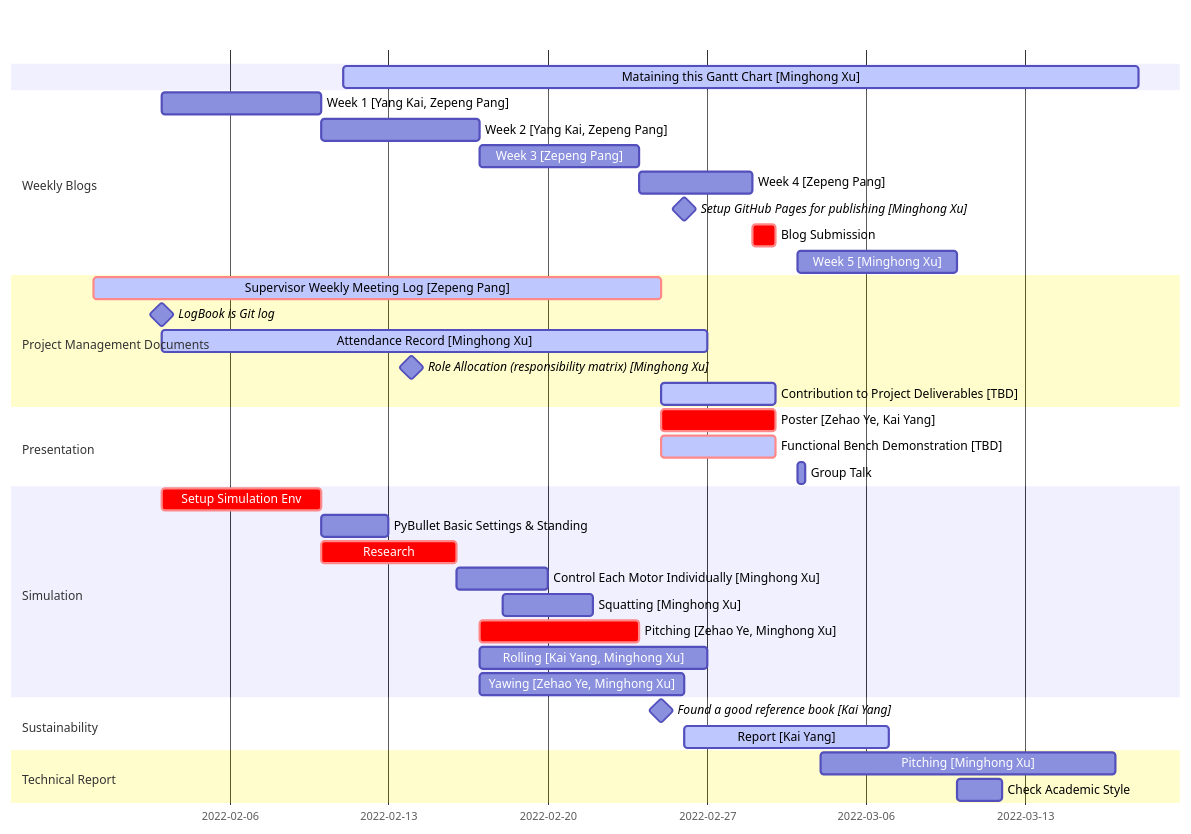
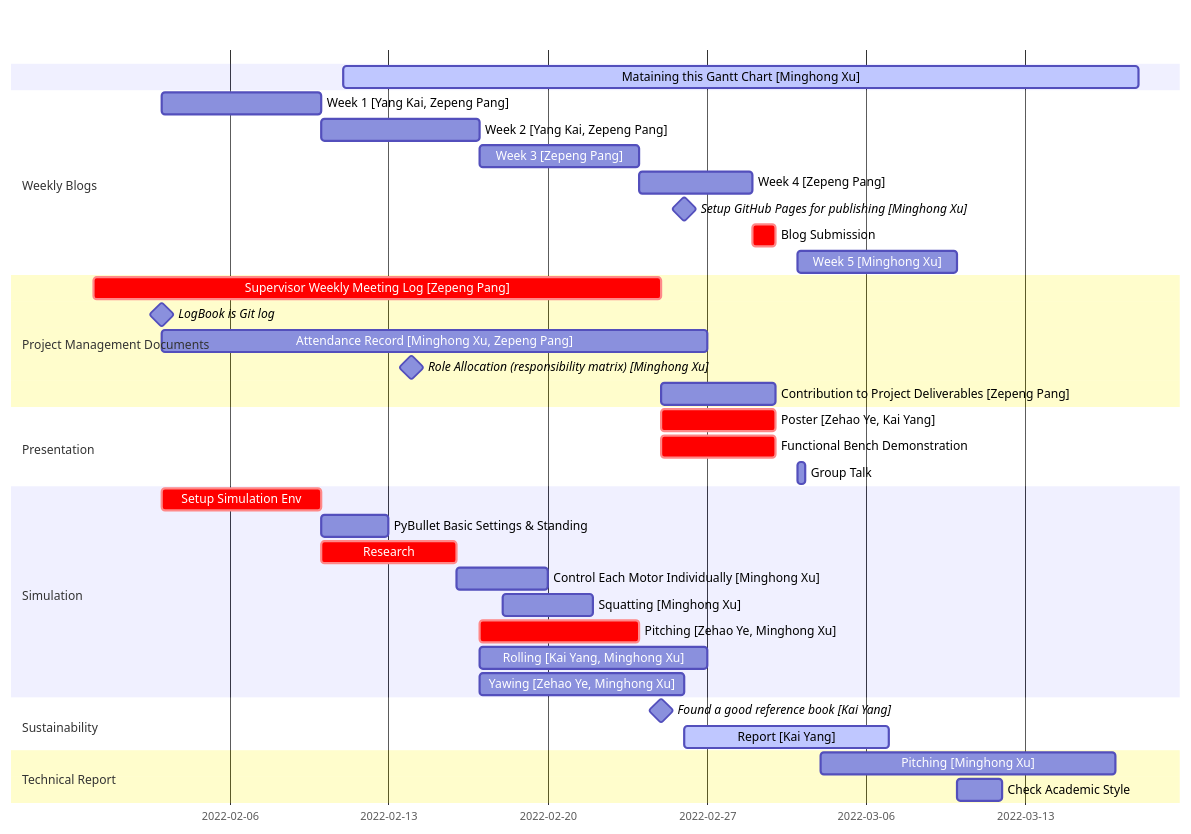
Before and after one commit to minghongx/year2-project: the diagram in README.md, drawn with Mermaid.

Commit message:
Update the Gantt Chart

````diff
--- a/README.md
+++ b/README.md
@@ -6,45 +6,45 @@
 ```mermaid
 gantt
     dateFormat  YYYY-MM-DD
 
     Mataining this Gantt Chart [Minghong Xu] : active, 2022-02-11, 2022-03-18
 
     section Weekly Blogs
     Week 1 [Yang Kai, Zepeng Pang] : blog1, 2022-02-03, 7d
     Week 2 [Yang Kai, Zepeng Pang] : blog2, after blog1, 7d
     Week 3 [Zepeng Pang] : blog3, after blog2, 7d
     Week 4 [Zepeng Pang] : blog4, after blog3, 5d
     Setup GitHub Pages for publishing [Minghong Xu] : milestone, 2022-02-26, 0d
     Blog Submission : crit, after blog4, 2022-03-02
     Week 5 [Minghong Xu] : 2022-03-03, 7d
 
     section Project Management Documents
-    Supervisor Weekly Meeting Log [Zepeng Pang] : crit, active, 2022-01-31, 2022-02-25
+    Supervisor Weekly Meeting Log [Zepeng Pang] : crit, 2022-01-31, 2022-02-25
     LogBook is Git log: milestone, 2022-02-03, 0d
-    Attendance Record [Minghong Xu] : active, 2022-02-03, 2022-02-27
+    Attendance Record [Minghong Xu, Zepeng Pang] : 2022-02-03, 2022-02-27
     Role Allocation (responsibility matrix) [Minghong Xu] : milestone, 2022-02-14, 0d
-    Contribution to Project Deliverables [TBD] : active, 2022-02-25, 2022-03-02
+    Contribution to Project Deliverables [Zepeng Pang] : 2022-02-25, 2022-03-02
 
     section Presentation
     Poster [Zehao Ye, Kai Yang] : crit, 2022-02-25, 2022-03-02
-    Functional Bench Demonstration [TBD] : crit, active, 2022-02-25, 2022-03-02
+    Functional Bench Demonstration : crit, 2022-02-25, 2022-03-02
     Group Talk : 2022-03-03, 8h
 
     section Simulation
     Setup Simulation Env : crit, setup_sim_env, 2022-02-03, 7d
     PyBullet Basic Settings & Standing :after setup_sim_env, 3d
     Research : crit, research, after setup_sim_env, 6d
     Control Each Motor Individually [Minghong Xu] : after research, 2022-02-20
     Squatting [Minghong Xu] : 2022-02-18, 2022-02-22
     Pitching [Zehao Ye, Minghong Xu] : crit, 2022-02-17, 2022-02-24
     Rolling [Kai Yang, Minghong Xu] : 2022-02-17, 2022-02-27
     Yawing [Zehao Ye, Minghong Xu] : 2022-02-17, 2022-02-26
 
     section Sustainability
     Found a good reference book [Kai Yang] : milestone, 2022-02-25, 0d
     Report [Kai Yang] : active, 2022-02-26, 2022-03-07
 
     section Technical Report
     Pitching [Minghong Xu] : 2022-03-04, 2022-03-17
     Check Academic Style : 2022-03-10, 2d
 ```
````
